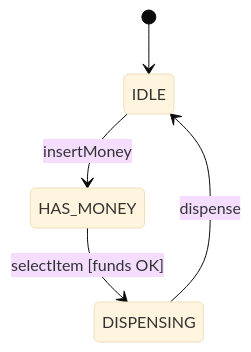
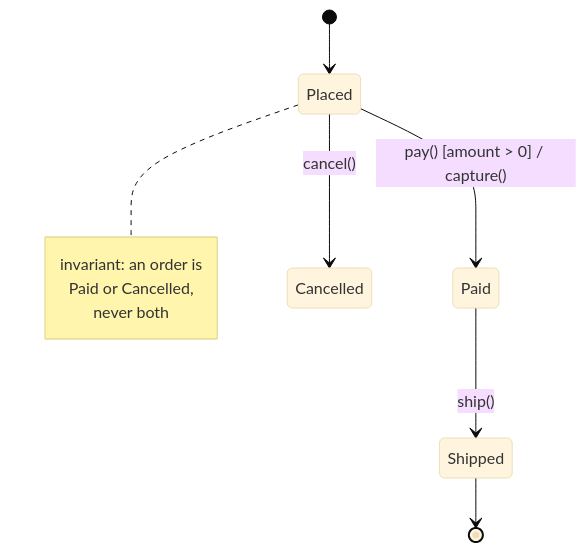
One commit to iamitgupta/system-design-LLD-basic changed the third of 59 diagrams in Readme.md. Above: the diagram before and after it, drawn with Mermaid (base theme). The commit also changed other lines of this file, not shown here.

````diff
--- a/Readme.md
+++ b/Readme.md
@@ -337,7 +811,13 @@
 ```mermaid
 stateDiagram-v2
-    [*] --> IDLE
-    IDLE --> HAS_MONEY : insertMoney
-    HAS_MONEY --> DISPENSING : selectItem [funds OK]
-    DISPENSING --> IDLE : dispense
+    [*] --> Placed
+    Placed --> Paid : pay() [amount > 0] / capture()
+    Placed --> Cancelled : cancel()
+    Paid --> Shipped : ship()
+    Shipped --> [*]
+    note right of Placed
+        invariant: an order is
+        Paid or Cancelled,
+        never both
+    end note
 ```
````
